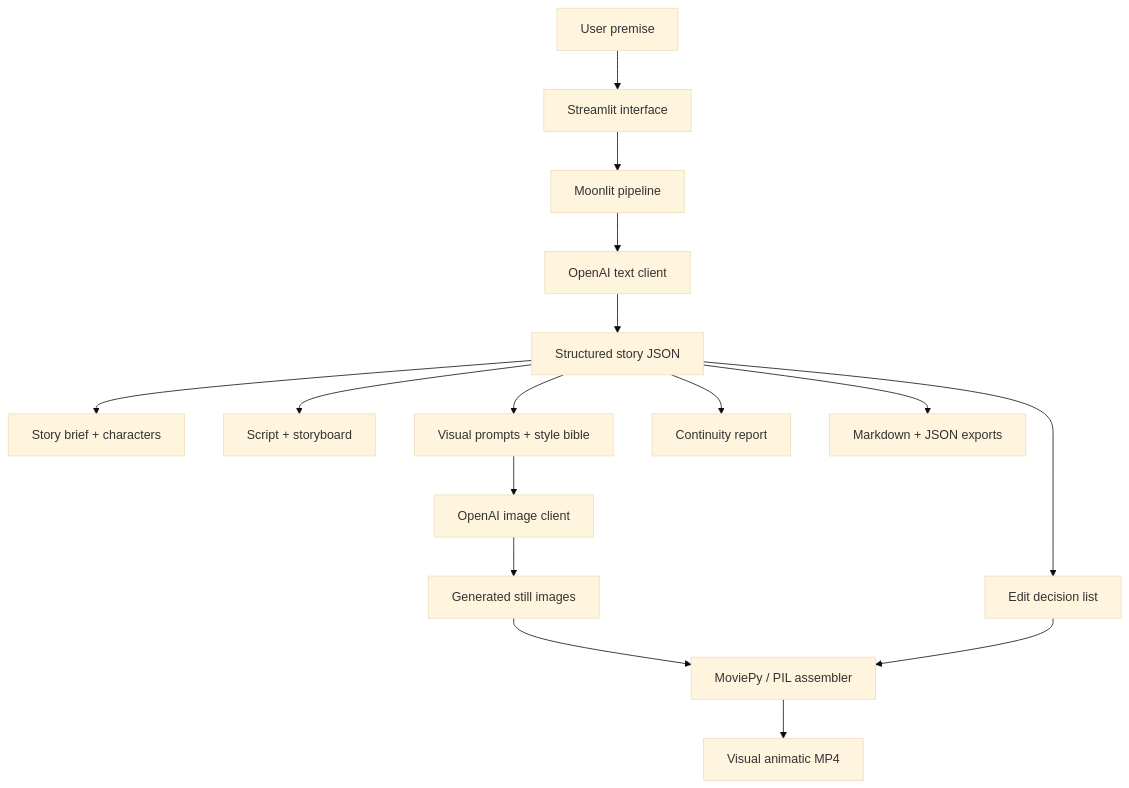
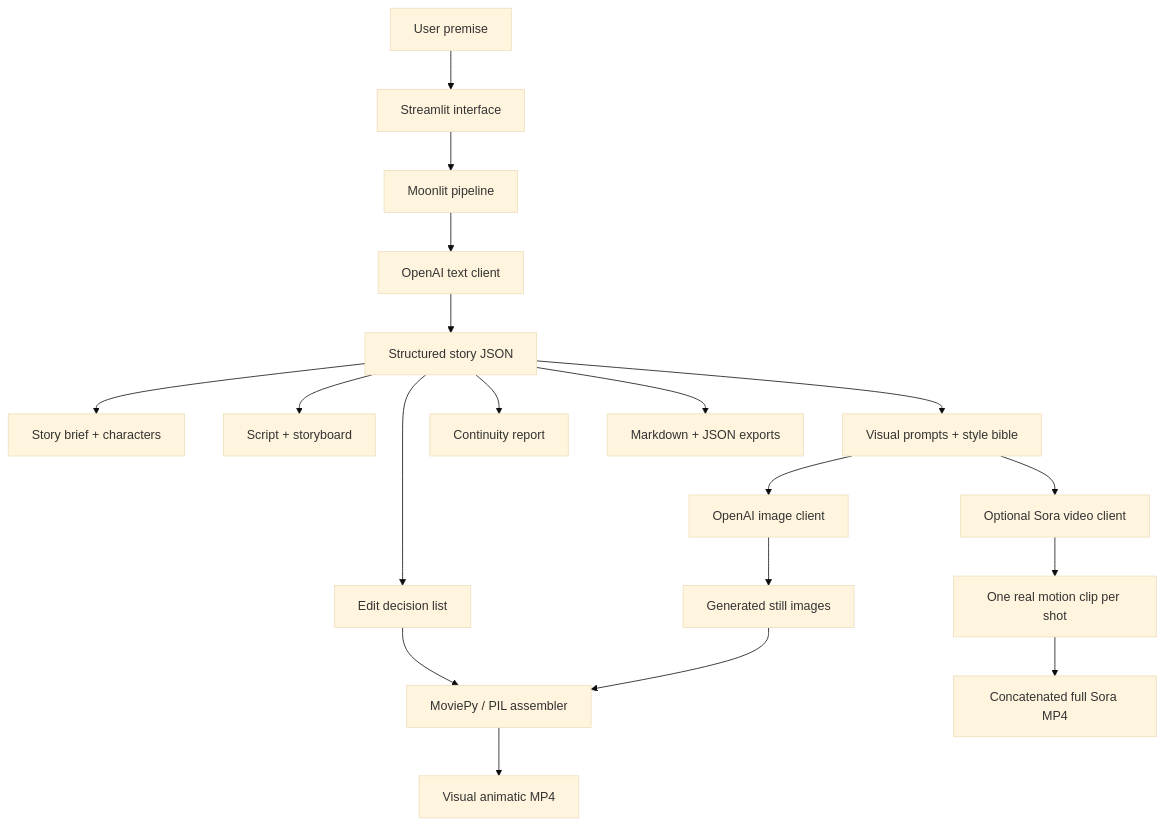
One commit to MinervaRose/moonlit-showrunner changed the diagram in README.md. Above: the diagram before and after it, drawn with Mermaid (base theme). The commit also changed other lines of this file and 14 other files, not shown here.

Commit message:
Uploading v0.5 with full Sora video

````diff
--- a/README.md
+++ b/README.md
@@ -114,18 +145,21 @@
 ```mermaid
 flowchart TD
     A[User premise] --> B[Streamlit interface]
     B --> C[Moonlit pipeline]
     C --> D[OpenAI text client]
     D --> E[Structured story JSON]
     E --> F[Story brief + characters]
     E --> G[Script + storyboard]
     E --> H[Visual prompts + style bible]
     E --> I[Continuity report]
     E --> J[Edit decision list]
     H --> K[OpenAI image client]
     K --> L[Generated still images]
     L --> M[MoviePy / PIL assembler]
     J --> M
     M --> N[Visual animatic MP4]
+    H --> P[Optional Sora video client]
+    P --> Q[One real motion clip per shot]
+    Q --> R[Concatenated full Sora MP4]
     E --> O[Markdown + JSON exports]
 ```
````
